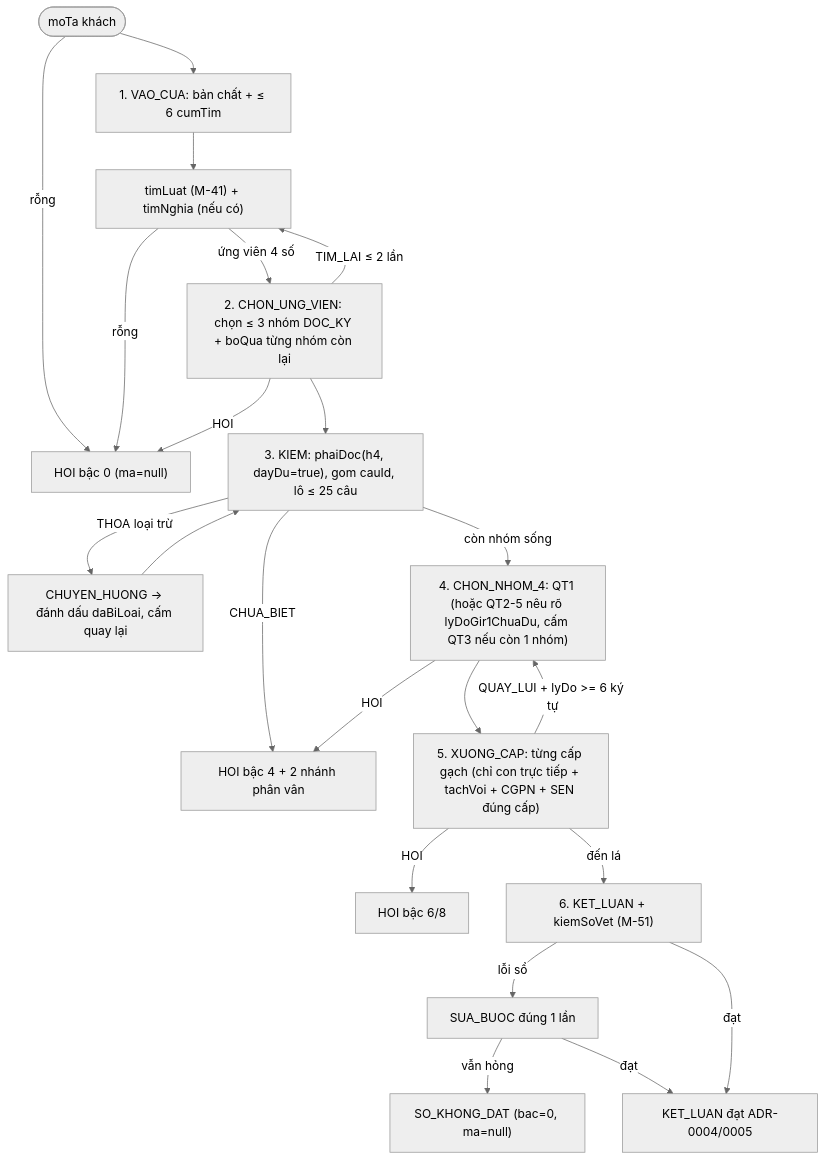
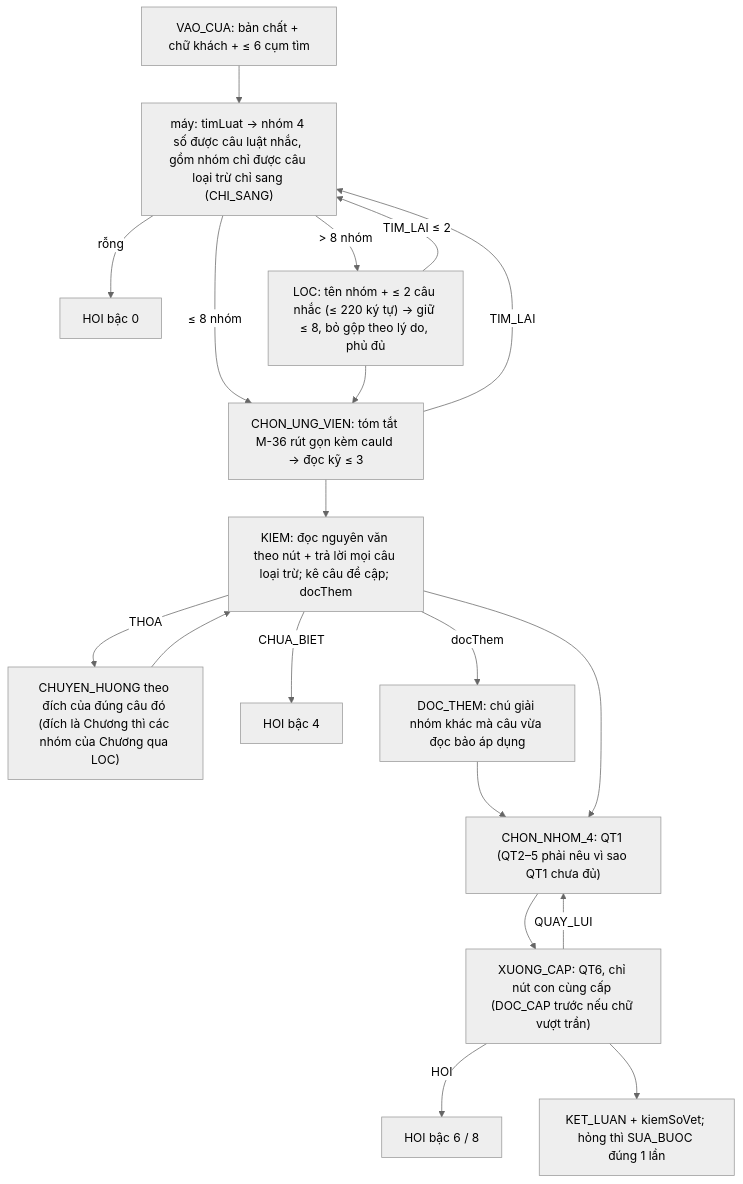
Before and after one commit to ozvietnam/hs-code-api: the diagram in docs/mong/the/M-52-engine.md, drawn with Mermaid (neutral theme). The commit also changed other lines of this file and 2 other files, not shown here.

Commit message:
[M-52] Tách LOC/CHON, trần 60.000 ký tự, Phần/Chương đưa một lần, CHI_SANG, DOC_THEM; daDoc chỉ ghi câu đã đưa (#1920)

````diff
--- a/docs/mong/the/M-52-engine.md
+++ b/docs/mong/the/M-52-engine.md
@@ -10,24 +10,21 @@
 ```mermaid
 flowchart TD
-  Start([moTa khách]) -->|rỗng| Hoi0["HOI bậc 0 (ma=null)"]
-  Start --> B1["1. VAO_CUA: bản chất + ≤ 6 cumTim"]
-  B1 --> TL["timLuat (M-41) + timNghia (nếu có)"]
-  TL -->|rỗng| Hoi0
-  TL -->|ứng viên 4 số| B2["2. CHON_UNG_VIEN: chọn ≤ 3 nhóm DOC_KY + boQua từng nhóm còn lại"]
-  B2 -->|TIM_LAI ≤ 2 lần| TL
-  B2 -->|HOI| Hoi0
-  B2 --> B3["3. KIEM: phaiDoc(h4, dayDu=true), gom cauId, lô ≤ 25 câu"]
-  B3 -->|THOA loại trừ| CH["CHUYEN_HUONG -> đánh dấu daBiLoai, cấm quay lại"]
-  CH --> B3
-  B3 -->|CHUA_BIET| Hoi4["HOI bậc 4 + 2 nhánh phân vân"]
-  B3 -->|còn nhóm sống| B4["4. CHON_NHOM_4: QT1 (hoặc QT2-5 nêu rõ lyDoGir1ChuaDu, cấm QT3 nếu còn 1 nhóm)"]
-  B4 -->|HOI| Hoi4
-  B4 --> B5["5. XUONG_CAP: từng cấp gạch (chỉ con trực tiếp + tachVoi + CGPN + SEN đúng cấp)"]
-  B5 -->|HOI| Hoi68["HOI bậc 6/8"]
-  B5 -->|QUAY_LUI + lyDo >= 6 ký tự| B4
-  B5 -->|đến lá| B6["6. KET_LUAN + kiemSoVet (M-51)"]
-  B6 -->|lỗi sổ| Retry["SUA_BUOC đúng 1 lần"]
-  Retry -->|vẫn hỏng| Fail["SO_KHONG_DAT (bac=0, ma=null)"]
-  Retry -->|đạt| Pass["KET_LUAN đạt ADR-0004/0005"]
-  B6 -->|đạt| Pass
+  A["VAO_CUA: bản chất + chữ khách + ≤ 6 cụm tìm"] --> T["máy: timLuat → nhóm 4 số được câu luật nhắc, gồm nhóm chỉ được câu loại trừ chỉ sang (CHI_SANG)"]
+  T -->|rỗng| H0["HOI bậc 0"]
+  T -->|> 8 nhóm| L["LOC: tên nhóm + ≤ 2 câu nhắc (≤ 220 ký tự) → giữ ≤ 8, bỏ gộp theo lý do, phủ đủ"]
+  T -->|≤ 8 nhóm| C["CHON_UNG_VIEN: tóm tắt M-36 rút gọn kèm cauId → đọc kỹ ≤ 3"]
+  L -->|TIM_LAI ≤ 2| T
+  L --> C
+  C -->|TIM_LAI| T
+  C --> K["KIEM: đọc nguyên văn theo nút + trả lời mọi câu loại trừ; kê câu đề cập; docThem"]
+  K -->|THOA| CH["CHUYEN_HUONG theo đích của đúng câu đó (đích là Chương thì các nhóm của Chương qua LOC)"]
+  CH --> K
+  K -->|CHUA_BIET| H4["HOI bậc 4"]
+  K -->|docThem| D["DOC_THEM: chú giải nhóm khác mà câu vừa đọc bảo áp dụng"]
+  D --> N
+  K --> N["CHON_NHOM_4: QT1 (QT2–5 phải nêu vì sao QT1 chưa đủ)"]
+  N --> X["XUONG_CAP: QT6, chỉ nút con cùng cấp (DOC_CAP trước nếu chữ vượt trần)"]
+  X -->|HOI| H68["HOI bậc 6 / 8"]
+  X -->|QUAY_LUI| N
+  X --> KL["KET_LUAN + kiemSoVet; hỏng thì SUA_BUOC đúng 1 lần"]
 ```
````
